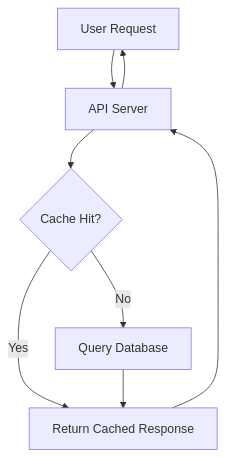
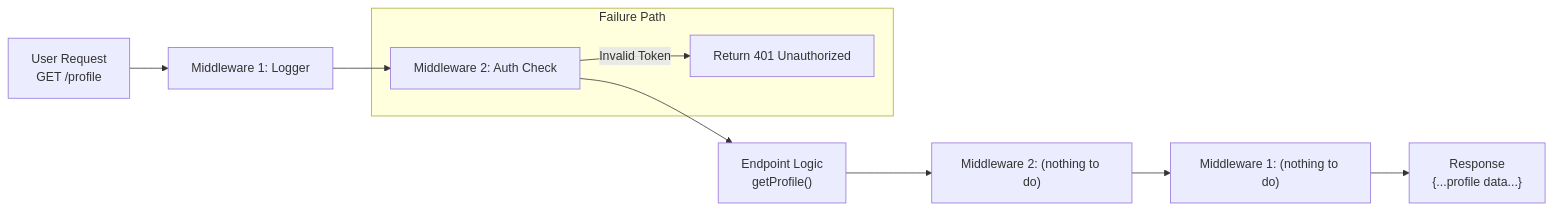
Before and after one commit to Param-Harrison/ebook-writer: the seventh of 50 diagrams in books/know-the-why.md, drawn with Mermaid. The commit also changed other lines of this file and 56 other files, not shown here.

````diff
--- a/books/know-the-why.md
+++ b/books/know-the-why.md
@@ -2457,9 +438,13 @@
 ```mermaid
-flowchart TD
-    User[User Request] --> API[API Server]
-    API --> Cache{Cache Hit?}
-    Cache -- Yes --> Response[Return Cached Response]
-    Cache -- No --> DB[Query Database] --> Response
-    Response --> API
-    API --> User
+flowchart LR
+    User[User Request<br/>GET /profile] --> A[Middleware 1: Logger]
+    A --> B[Middleware 2: Auth Check]
+    B --> C["Endpoint Logic<br/>getProfile()"]
+    C --> D["Middleware 2: (nothing to do)"]
+    D --> E["Middleware 1: (nothing to do)"]
+    E --> Resp["Response<br/>{...profile data...}"]
+
+    subgraph Error_Path [Failure Path]
+        B -- "Invalid Token" --> Err[Return 401 Unauthorized]
+    end
 ```
````
